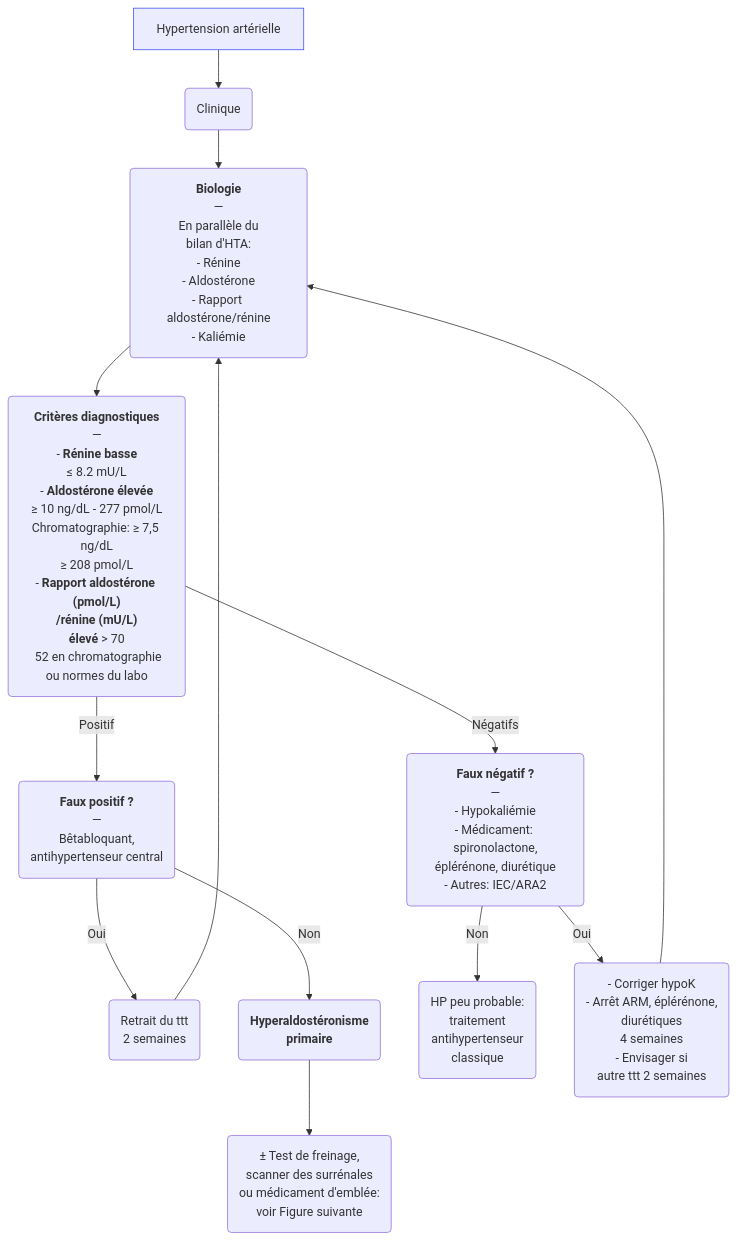
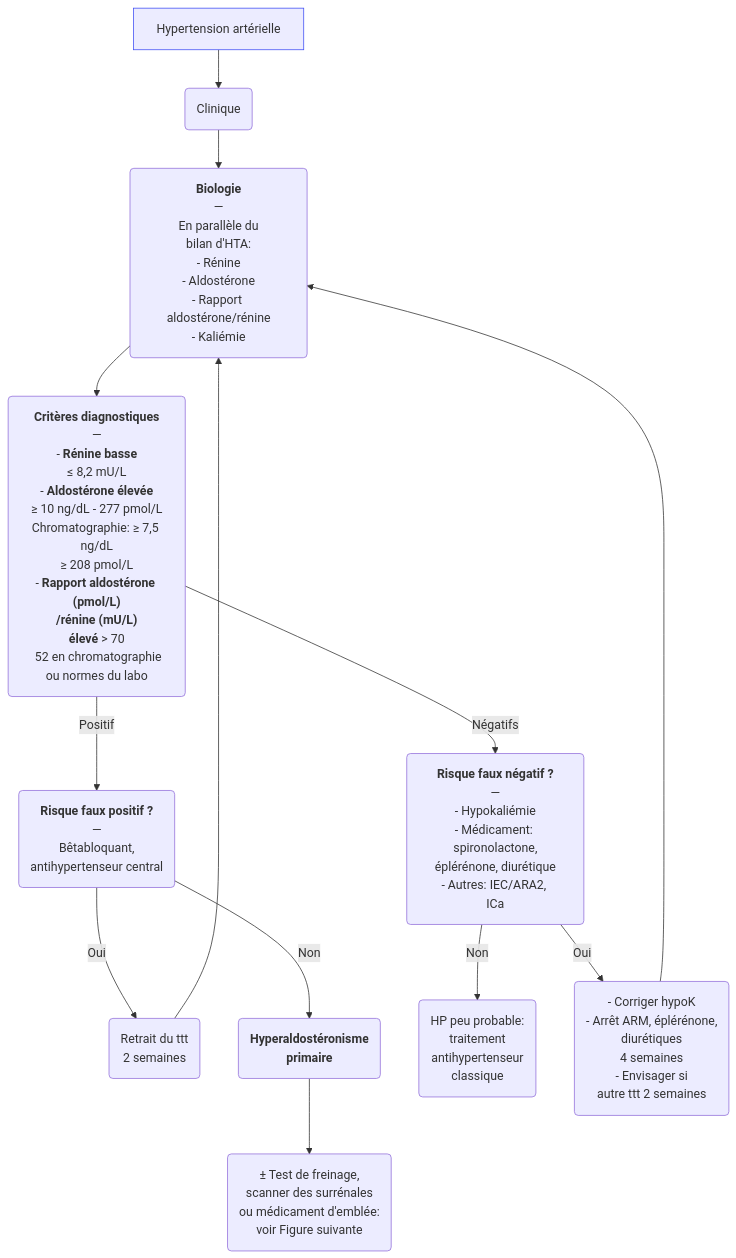
The first of 3 diagrams in content/recommandations/hyperaldosteronisme-primaire.md (djibe/recommandations-medicales), drawn with Mermaid before and after one commit. The commit also changed other lines of this file, not shown here.

```diff
--- a/content/recommandations/hyperaldosteronisme-primaire.md
+++ b/content/recommandations/hyperaldosteronisme-primaire.md
@@ -220,9 +226,9 @@
 {{< mermaid title="Dépistage de l'hyperaldostéronisme primaire chez le patient hypertendu. Dr JB Fron d'après ES 2025">}}
 graph TB
-  HTA[Hypertension artérielle] --> clinique(Clinique) --> biologie("<b>Biologie</b><br>—<br>En parallèle du<br>bilan d'HTA:<br>- Rénine<br>- Aldostérone<br>- Rapport aldostérone/rénine<br>- Kaliémie") --> critères("<b>Critères diagnostiques</b><br>—<br>- <b>Rénine basse</b><br>≤ 8.2 mU/L<br>- <b>Aldostérone élevée</b><br>≥ 10 ng/dL - 277 pmol/L<br>Chromatographie: ≥ 7,5 ng/dL<br>≥ 208 pmol/L<br>- <b>Rapport aldostérone (pmol/L)<br>/rénine (mU/L)<br>élevé</b> &gt; 70<br> 52 en chromatographie<br>ou normes du labo")
-  critères -- Positif --> positif("<b>Faux positif ?</b><br>—<br>Bêtabloquant,<br>antihypertenseur central") -- Oui --> retrait("Retrait du ttt<br>2 semaines") --> biologie
+  HTA[Hypertension artérielle] --> clinique(Clinique) --> biologie("<b>Biologie</b><br>—<br>En parallèle du<br>bilan d'HTA:<br>- Rénine<br>- Aldostérone<br>- Rapport aldostérone/rénine<br>- Kaliémie") --> critères("<b>Critères diagnostiques</b><br>—<br>- <b>Rénine basse</b><br>≤ 8,2 mU/L<br>- <b>Aldostérone élevée</b><br>≥ 10 ng/dL - 277 pmol/L<br>Chromatographie: ≥ 7,5 ng/dL<br>≥ 208 pmol/L<br>- <b>Rapport aldostérone (pmol/L)<br>/rénine (mU/L)<br>élevé</b> &gt; 70<br> 52 en chromatographie<br>ou normes du labo")
+  critères -- Positif --> positif("<b>Risque faux positif ?</b><br>—<br>Bêtabloquant,<br>antihypertenseur central") -- Oui --> retrait("Retrait du ttt<br>2 semaines") --> biologie
     positif -- Non --> diagnostic("<b>Hyperaldostéronisme<br>primaire</b>") --> traitement("± Test de freinage,<br> scanner des surrénales<br> ou médicament d'emblée:<br>voir Figure suivante")
-  critères -- Négatifs --> négatif("<b>Faux négatif ?</b><br>—<br>- Hypokaliémie<br>- Médicament: spironolactone,<br>éplérénone, diurétique<br>- Autres: IEC/ARA2") -- Non --> classique("HP peu probable:<br>traitement<br>antihypertenseur<br>classique")
+  critères -- Négatifs --> négatif("<b>Risque faux négatif ?</b><br>—<br>- Hypokaliémie<br>- Médicament: spironolactone,<br>éplérénone, diurétique<br>- Autres: IEC/ARA2, <br>ICa") -- Non --> classique("HP peu probable:<br>traitement<br>antihypertenseur<br>classique")
     négatif -- Oui --> négatif2("- Corriger hypoK<br>- Arrêt ARM, éplérénone,<br>diurétiques<br>4 semaines<br>- Envisager si<br>autre ttt 2 semaines") --> biologie
 style HTA stroke:#4150f5, stroke-width:1px
 {{< /mermaid >}}
```
